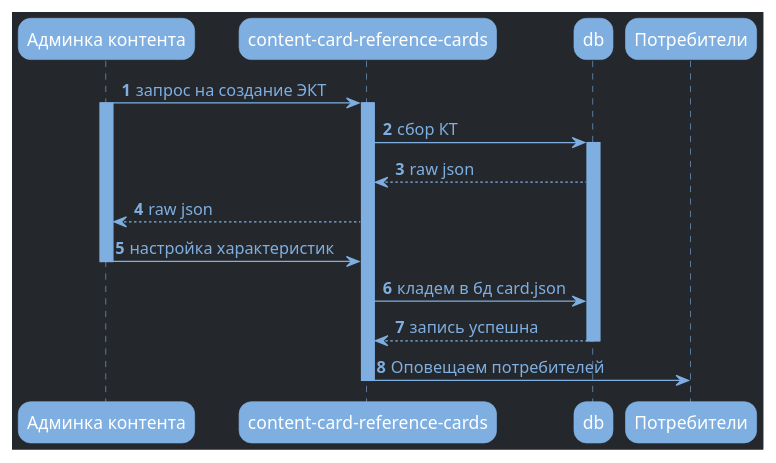
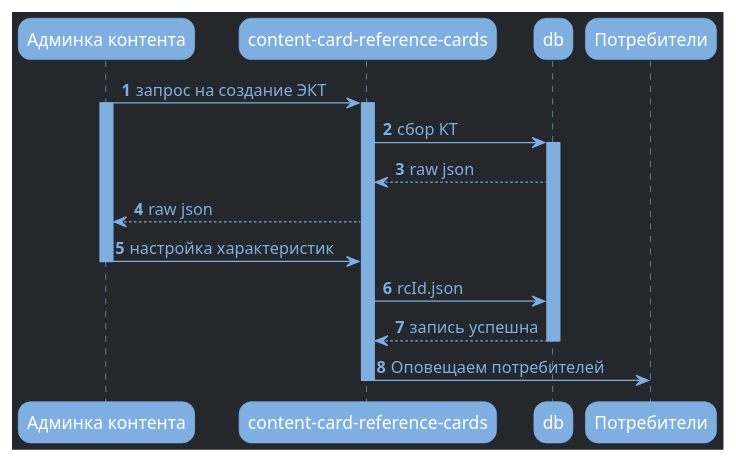
The diagram in createMKT.puml (edfromomsk/mkt), drawn with PlantUML before and after one commit. The commit also changed 2 other files, not shown here.

```diff
--- a/createMKT.puml
+++ b/createMKT.puml
@@ -1,37 +1,37 @@
 @startuml
 skinparam DefaultFontColor #7fafe1
 skinparam BackgroundColor #24272b
 skinparam roundcorner 20
 
 skinparam sequence {
     ArrowColor #7fafe1
     LifeLineBorderColor #7fafe1 
     LifeLineBackgroundColor #7fafe1
     ParticipantBorderColor #7fafe1 
     ParticipantBackgroundColor #7fafe1 
     ParticipantFontColor white
 
     ActorBorderColor #7fafe1 
     ActorBackgroundColor #7fafe1
 }
 autonumber
 
 participant "Админка контента" as admin
 participant "content-card-reference-cards" as ccrc
 
 admin -> ccrc: запрос на создание ЭКТ
 activate admin
 activate ccrc
 ccrc -> db: сбор КТ
 activate db
 db --> ccrc: raw json
 
 ccrc --> admin: raw json
 admin -> ccrc: настройка характеристик
 deactivate admin
-ccrc -> db: кладем в бд card.json
+ccrc -> db: rcId.json
 db --> ccrc: запись успешна
 deactivate db
 ccrc -> Потребители: Оповещаем потребителей
 deactivate ccrc
 @enduml
```
